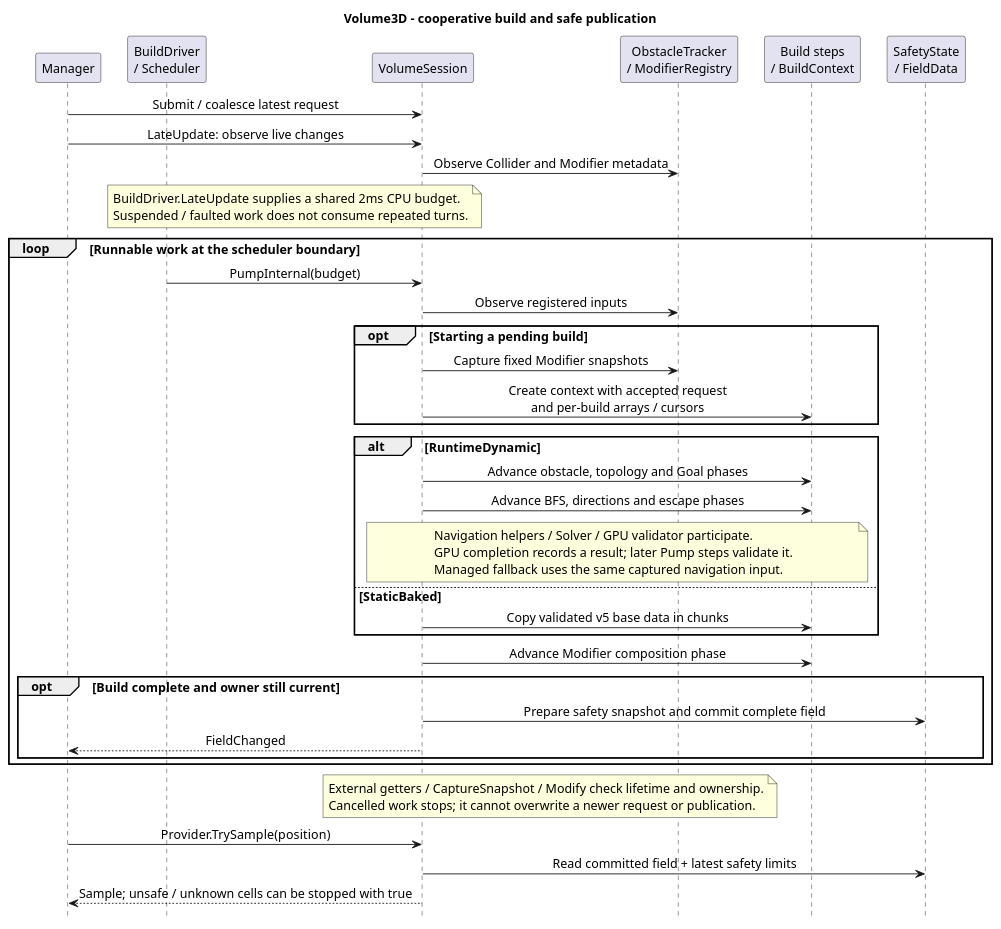
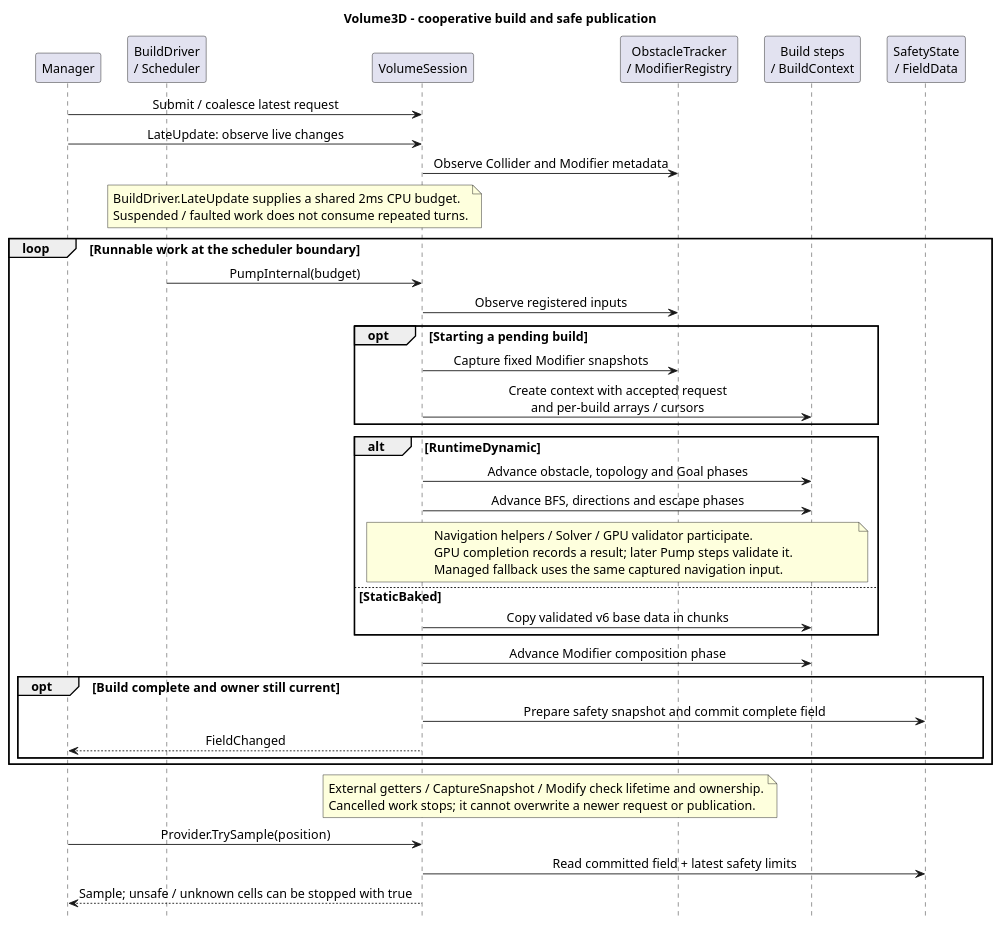
Before and after one commit to youwonsock/tool-unity-editor: the diagram in ToyProject/Assets/_FlowField/Docs/flowfield-volume.puml, drawn with PlantUML. The commit also changed 8 other files, not shown here.

First line of the commit message:
FlowField 문서 최신화: v6 베이크, Modifier 규칙, 성능·검증 기록

```diff
--- a/ToyProject/Assets/_FlowField/Docs/flowfield-volume.puml
+++ b/ToyProject/Assets/_FlowField/Docs/flowfield-volume.puml
@@ -1,46 +1,46 @@
 @startuml flowfield-volume
 skinparam shadowing false
 skinparam defaultFontName SansSerif
 skinparam defaultFontSize 14
 skinparam sequenceMessageAlign center
 skinparam ParticipantPadding 10
 skinparam BoxPadding 6
 hide footbox
 title Volume3D - cooperative build and safe publication
 
 participant "Manager" as M
 participant "BuildDriver\n/ Scheduler" as Q
 participant "VolumeSession" as S
 participant "ObstacleTracker\n/ ModifierRegistry" as O
 participant "Build steps\n/ BuildContext" as B
 participant "SafetyState\n/ FieldData" as P
 
 M -> S : Submit / coalesce latest request
 M -> S : LateUpdate: observe live changes
 S -> O : Observe Collider and Modifier metadata
 note over Q,S : BuildDriver.LateUpdate supplies a shared 2ms CPU budget.\nSuspended / faulted work does not consume repeated turns.
 loop Runnable work at the scheduler boundary
   Q -> S : PumpInternal(budget)
   S -> O : Observe registered inputs
   opt Starting a pending build
     S -> O : Capture fixed Modifier snapshots
     S -> B : Create context with accepted request\nand per-build arrays / cursors
   end
   alt RuntimeDynamic
     S -> B : Advance obstacle, topology and Goal phases
     S -> B : Advance BFS, directions and escape phases
     note over S,B : Navigation helpers / Solver / GPU validator participate.\nGPU completion records a result; later Pump steps validate it.\nManaged fallback uses the same captured navigation input.
   else StaticBaked
-    S -> B : Copy validated v5 base data in chunks
+    S -> B : Copy validated v6 base data in chunks
   end
   S -> B : Advance Modifier composition phase
   opt Build complete and owner still current
     S -> P : Prepare safety snapshot and commit complete field
     S --> M : FieldChanged
   end
 end
 note over S,O : External getters / CaptureSnapshot / Modify check lifetime and ownership.\nCancelled work stops; it cannot overwrite a newer request or publication.
 M -> S : Provider.TrySample(position)
 S -> P : Read committed field + latest safety limits
 S --> M : Sample; unsafe / unknown cells can be stopped with true
 @enduml
```
